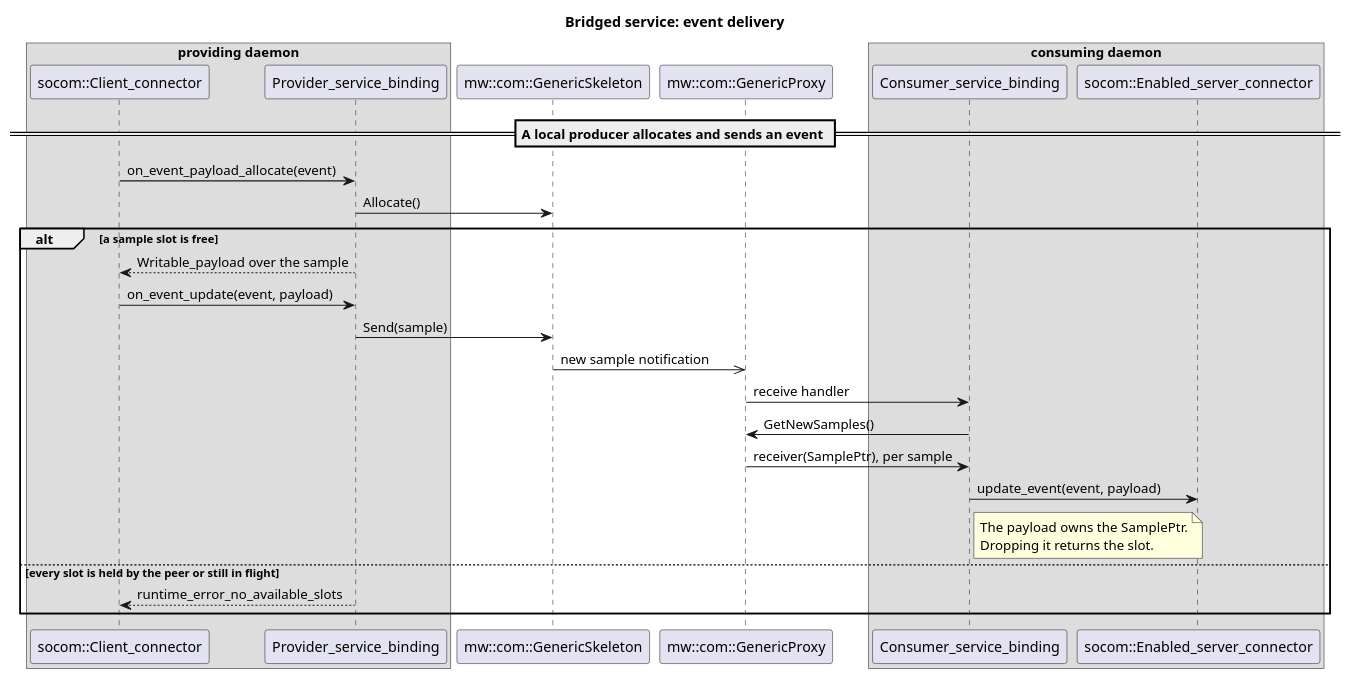
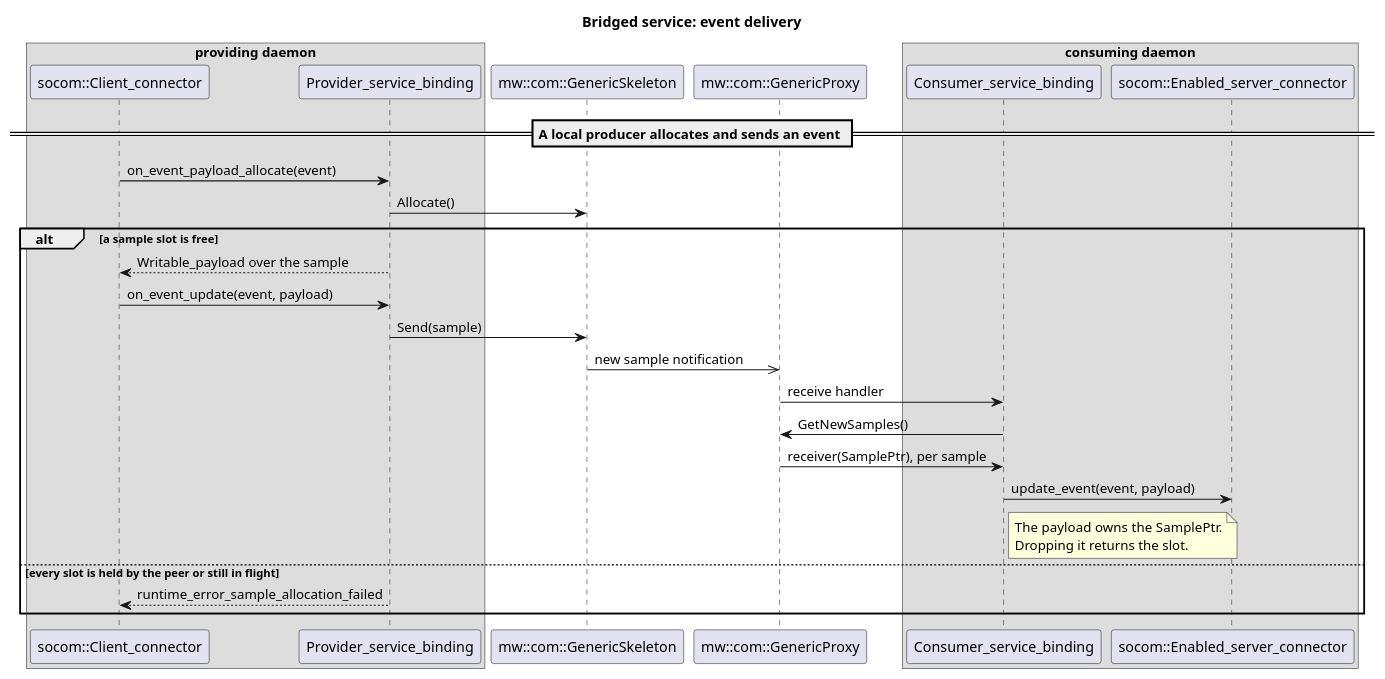
One commit to bgsw-contrib/score_inc_someip_gateway changed the diagram in score/gateway_ipc_binding/docs/models/mw_com_event_flow.puml. Above: the diagram before and after it, drawn with PlantUML. The commit also changed 67 other files, not shown here.

```diff
--- a/score/gateway_ipc_binding/docs/models/mw_com_event_flow.puml
+++ b/score/gateway_ipc_binding/docs/models/mw_com_event_flow.puml
@@ -14,31 +14,31 @@
 @startuml mw_com_event_flow
 title Bridged service: event delivery
 
 box "providing daemon"
 participant "socom::Client_connector" as client_connector
 participant "Provider_service_binding" as provider
 end box
 participant "mw::com::GenericSkeleton" as skeleton
 participant "mw::com::GenericProxy" as proxy
 box "consuming daemon"
 participant "Consumer_service_binding" as consumer
 participant "socom::Enabled_server_connector" as server_connector
 end box
 
 == A local producer allocates and sends an event ==
 client_connector -> provider : on_event_payload_allocate(event)
 provider -> skeleton : Allocate()
 alt a sample slot is free
   provider --> client_connector : Writable_payload over the sample
   client_connector -> provider : on_event_update(event, payload)
   provider -> skeleton : Send(sample)
   skeleton ->> proxy : new sample notification
   proxy -> consumer : receive handler
   consumer -> proxy : GetNewSamples()
   proxy -> consumer : receiver(SamplePtr), per sample
   consumer -> server_connector : update_event(event, payload)
   note right of consumer : The payload owns the SamplePtr.\nDropping it returns the slot.
 else every slot is held by the peer or still in flight
-  provider --> client_connector : runtime_error_no_available_slots
+  provider --> client_connector : runtime_error_sample_allocation_failed
 end
 @enduml
```
